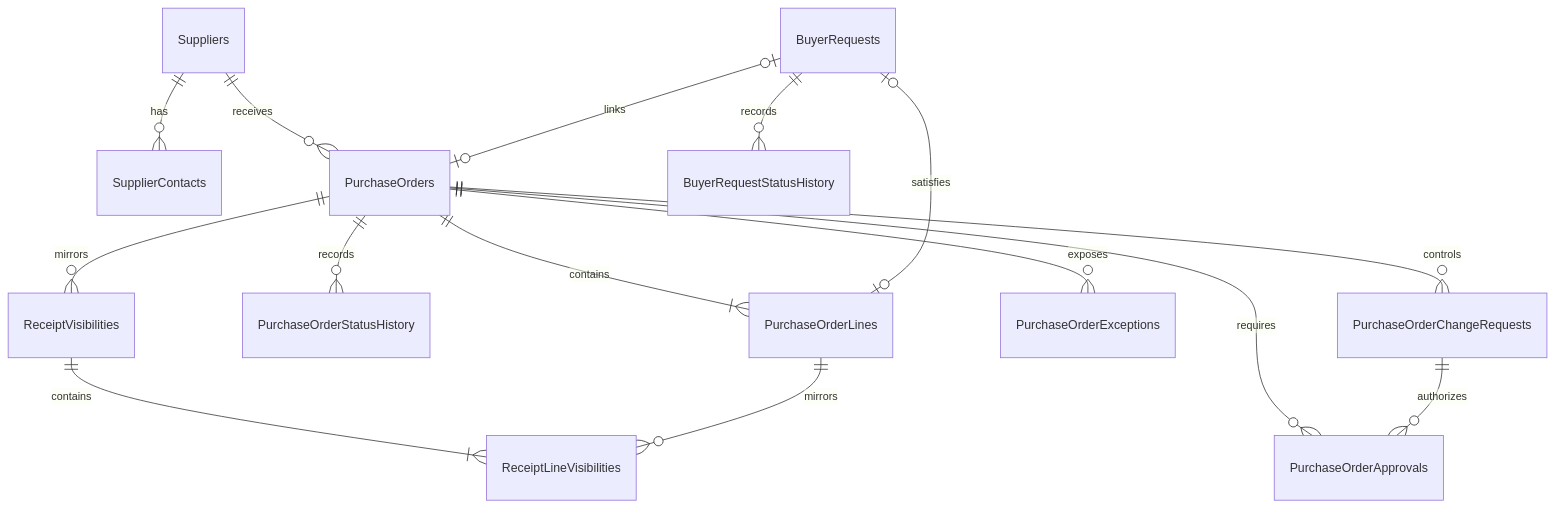
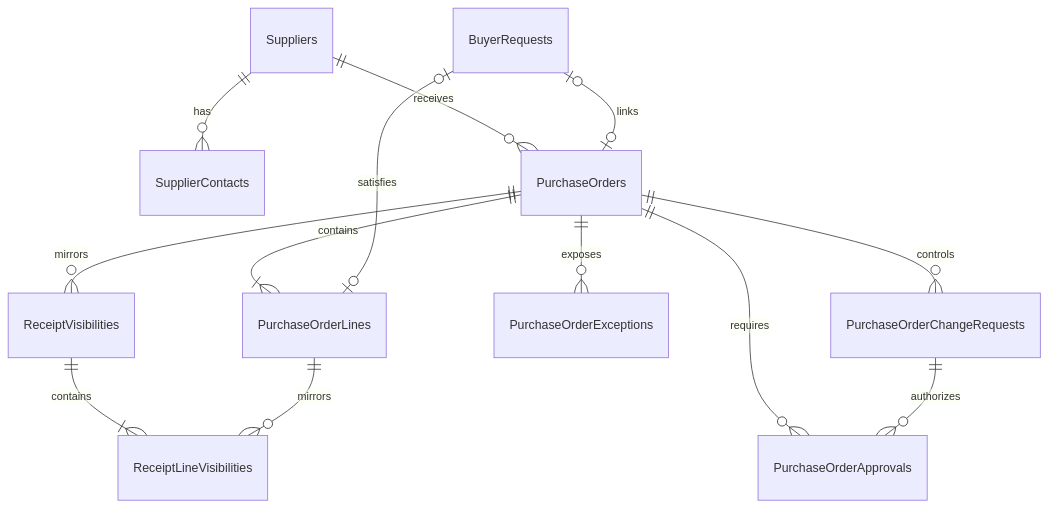
Before and after one commit to ben-cottrell/acme-erp: the diagram in docs/domain/purchasing/database-design.md, drawn with Mermaid. The commit also changed other lines of this file and 25 other files, not shown here.

````diff
--- a/docs/domain/purchasing/database-design.md
+++ b/docs/domain/purchasing/database-design.md
@@ -22,17 +22,15 @@
 ```mermaid
 erDiagram
     Suppliers ||--o{ SupplierContacts : has
     Suppliers ||--o{ PurchaseOrders : receives
     PurchaseOrders ||--|{ PurchaseOrderLines : contains
-    PurchaseOrders ||--o{ PurchaseOrderStatusHistory : records
     PurchaseOrders ||--o{ PurchaseOrderChangeRequests : controls
     PurchaseOrders ||--o{ PurchaseOrderApprovals : requires
     PurchaseOrderChangeRequests ||--o{ PurchaseOrderApprovals : authorizes
     PurchaseOrders ||--o{ PurchaseOrderExceptions : exposes
     BuyerRequests o|--o| PurchaseOrders : links
     BuyerRequests o|--o| PurchaseOrderLines : satisfies
-    BuyerRequests ||--o{ BuyerRequestStatusHistory : records
     PurchaseOrders ||--o{ ReceiptVisibilities : mirrors
     ReceiptVisibilities ||--|{ ReceiptLineVisibilities : contains
     PurchaseOrderLines ||--o{ ReceiptLineVisibilities : mirrors
 ```
````
